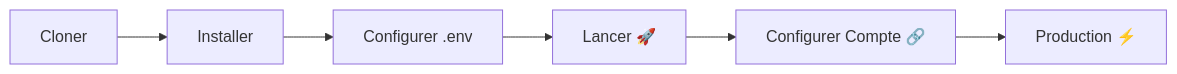
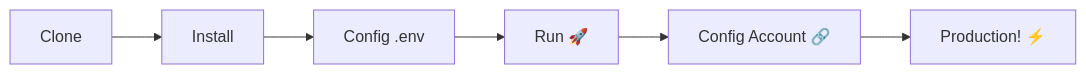
The second of 2 diagrams in docs/translations/fr.md (kauafpssx/ZapUnlocked-API), drawn with Mermaid before and after one commit. The commit also changed other lines of this file and 12 other files, not shown here.

````diff
--- a/docs/translations/fr.md
+++ b/docs/translations/fr.md
@@ -942,8 +1181,8 @@
 ```mermaid
 flowchart LR
-  A[Cloner] --> B[Installer]
-  B --> C[Configurer .env]
-  C --> D[Lancer 🚀]
-  D --> E[Configurer Compte 🔗]
-  E --> F[Production ⚡]
+  A[Clone] --> B[Install]
+  B --> C[Config .env]
+  C --> D[Run 🚀]
+  D --> E[Config Account 🔗]
+  E --> F[Production! ⚡]
 ```
````
